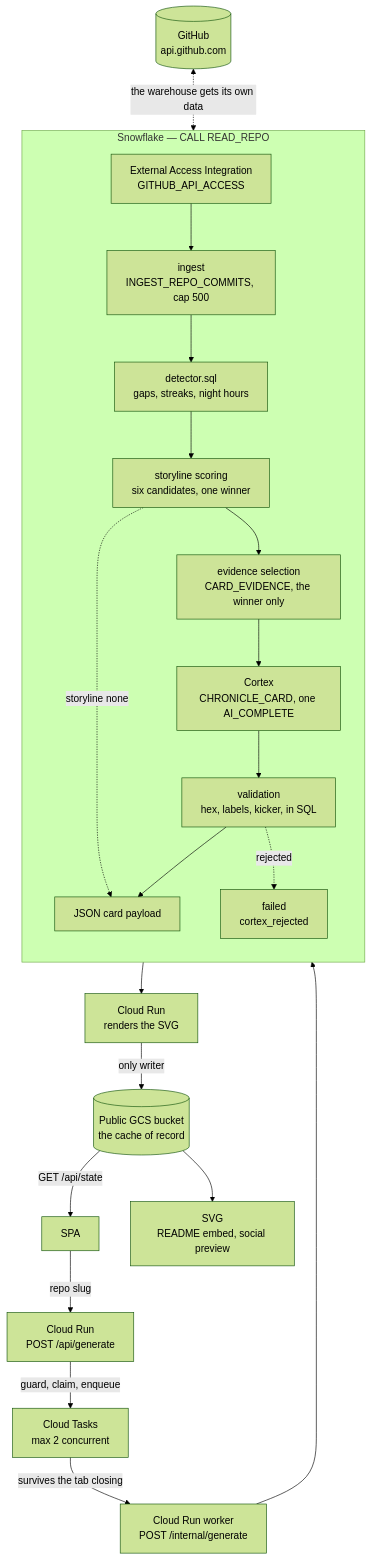
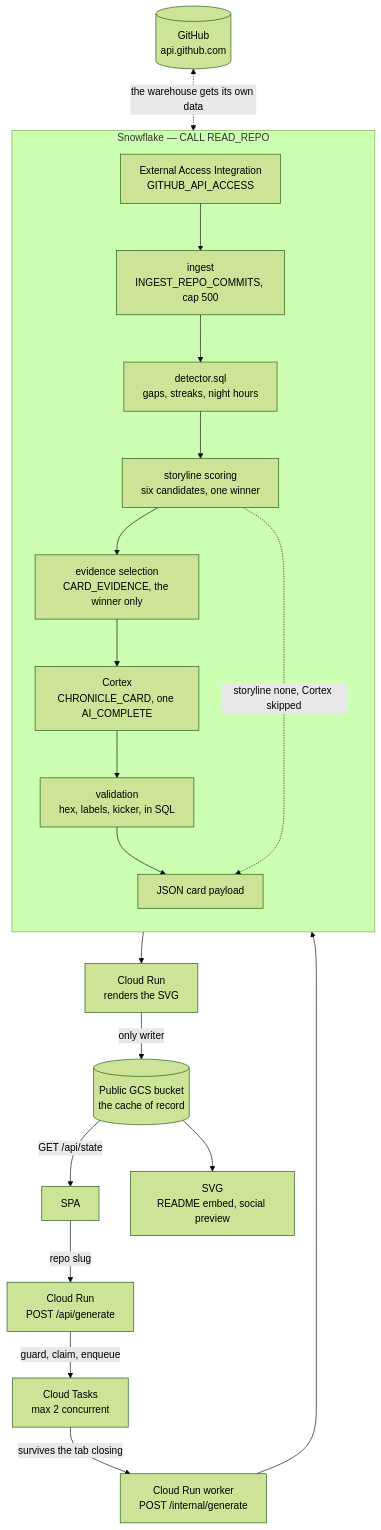
Before and after one commit to anchildress1/commit-chronicles: the first of 3 diagrams in README.md, drawn with Mermaid (forest theme).

Commit message:
docs(readme): one branch in the architecture diagram

````diff
--- a/README.md
+++ b/README.md
@@ -99,42 +99,41 @@
 ```mermaid
 flowchart TD
     accTitle: Commit Chronicles architecture
     accDescr: The SPA posts to Cloud Run, which claims quota and enqueues a Cloud Tasks job. The worker calls one Snowflake procedure. Inside the warehouse, a Python stored procedure reaches api.github.com through an external access integration to ingest commits; plain SQL views score six storylines and pick one winner; only that winner's evidence is selected and passed to Cortex, whose output is validated in SQL before a JSON card payload is returned. Cloud Run renders that payload to SVG and writes it to a public GCS bucket, which serves the card to READMEs.
 
     GH[("GitHub<br/>api.github.com")]
 
     SPA["SPA"]
     API["Cloud Run<br/>POST /api/generate"]
     Q["Cloud Tasks<br/>max 2 concurrent"]
     W["Cloud Run worker<br/>POST /internal/generate"]
 
     subgraph SF["Snowflake — CALL READ_REPO"]
         direction TB
         EAI["External Access Integration<br/>GITHUB_API_ACCESS"]
         ING["ingest<br/>INGEST_REPO_COMMITS, cap 500"]
         DET["detector.sql<br/>gaps, streaks, night hours"]
         SCORE["storyline scoring<br/>six candidates, one winner"]
         EV["evidence selection<br/>CARD_EVIDENCE, the winner only"]
         CTX["Cortex<br/>CHRONICLE_CARD, one AI_COMPLETE"]
         VAL["validation<br/>hex, labels, kicker, in SQL"]
         JSON["JSON card payload"]
 
         EAI --> ING --> DET --> SCORE --> EV --> CTX --> VAL --> JSON
-        SCORE -.->|"storyline none"| JSON
-        VAL -.->|"rejected"| FAIL["failed<br/>cortex_rejected"]
+        SCORE -.->|"storyline none, Cortex skipped"| JSON
     end
 
     REN["Cloud Run<br/>renders the SVG"]
     GCS[("Public GCS bucket<br/>the cache of record")]
     OUT["SVG<br/>README embed, social preview"]
 
     SPA -->|"repo slug"| API
     API -->|"guard, claim, enqueue"| Q
     Q -->|"survives the tab closing"| W
     W --> SF
     GH <-.->|"the warehouse gets its own data"| EAI
     JSON --> REN
     REN -->|"only writer"| GCS
     GCS --> OUT
     GCS -->|"GET /api/state"| SPA
 ```
````
